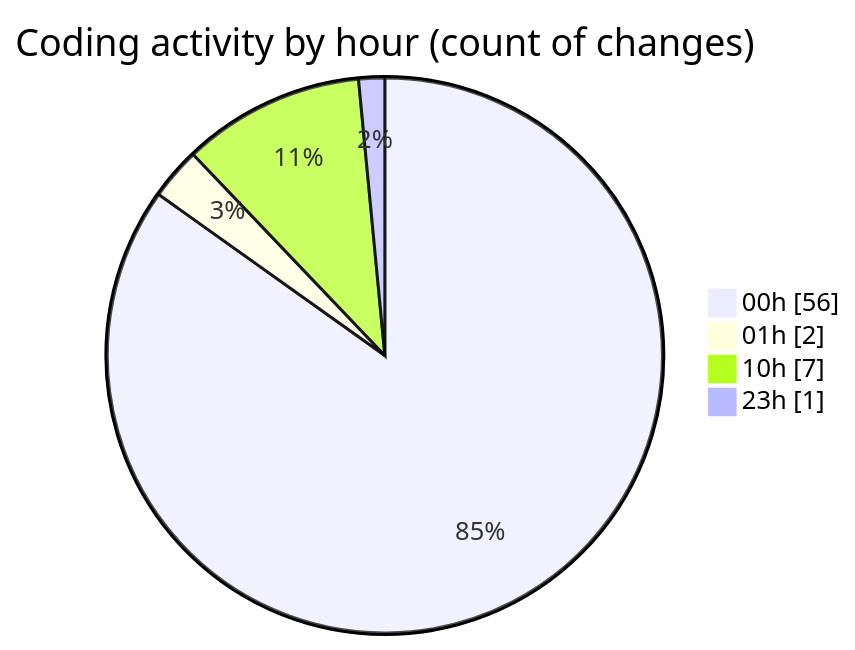
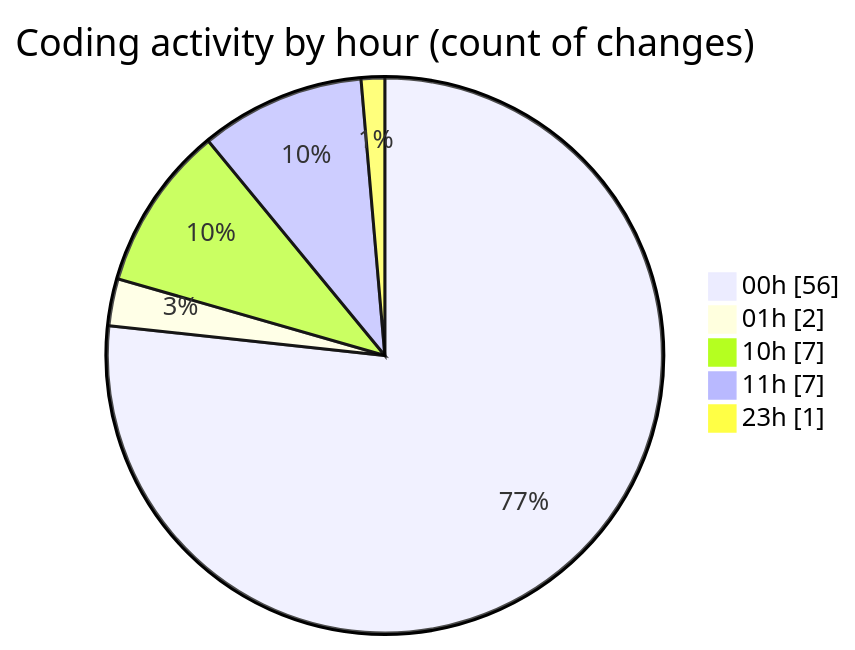
One commit to nxtqubesakshisongat/code-tracking changed the second of 2 diagrams in 2026-03-15/nxtqube_webapp/README.md. Above: the diagram before and after it, drawn with Mermaid. The commit also changed other lines of this file and 1 other file, not shown here.

````diff
--- a/2026-03-15/nxtqube_webapp/README.md
+++ b/2026-03-15/nxtqube_webapp/README.md
@@ -32,8 +32,9 @@
 ```mermaid
 pie showData
 title Coding activity by hour (count of changes)
 "00h" : 56
 "01h" : 2
 "10h" : 7
+"11h" : 7
 "23h" : 1
 ```
````
